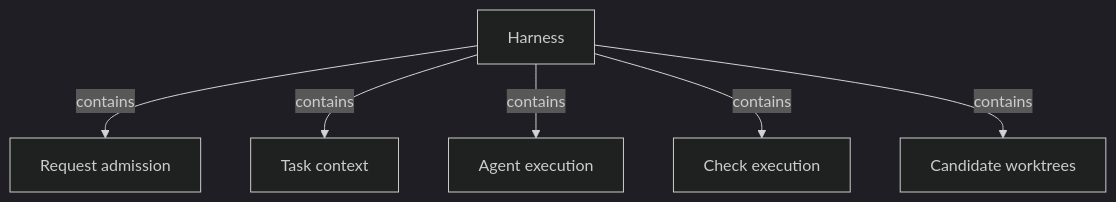
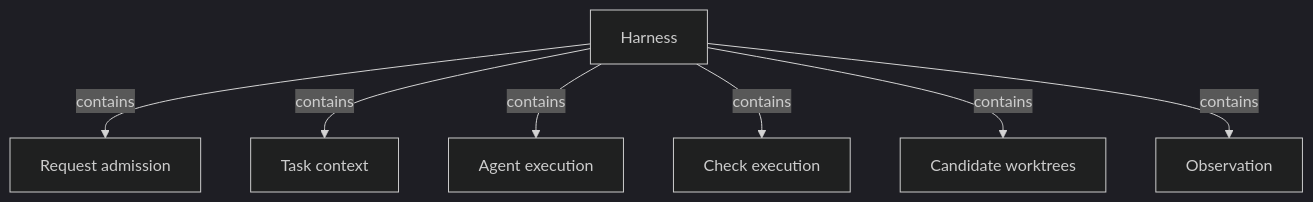
Before and after one commit to FTOD/concorde: the second of 2 diagrams in specs/concorde/harness/module.md, drawn with Mermaid (dark theme). The commit also changed other lines of this file and 213 other files, not shown here.

First line of the commit message:
Rewrite Concorde's Specs for the layered architecture

````diff
--- a/specs/concorde/harness/module.md
+++ b/specs/concorde/harness/module.md
@@ -117,16 +171,18 @@
 ```mermaid
 flowchart TB
     accTitle: The parts of the Harness
-    accDescr: The Harness contains five Modules.
+    accDescr: The Harness contains six Modules.
     harness[Harness]
     admission[Request admission]
     context[Task context]
     execution[Agent execution]
     checks[Check execution]
     worktrees[Candidate worktrees]
+    observation[Observation]
     harness -->|contains| admission
     harness -->|contains| context
     harness -->|contains| execution
     harness -->|contains| checks
     harness -->|contains| worktrees
+    harness -->|contains| observation
 ```
````
